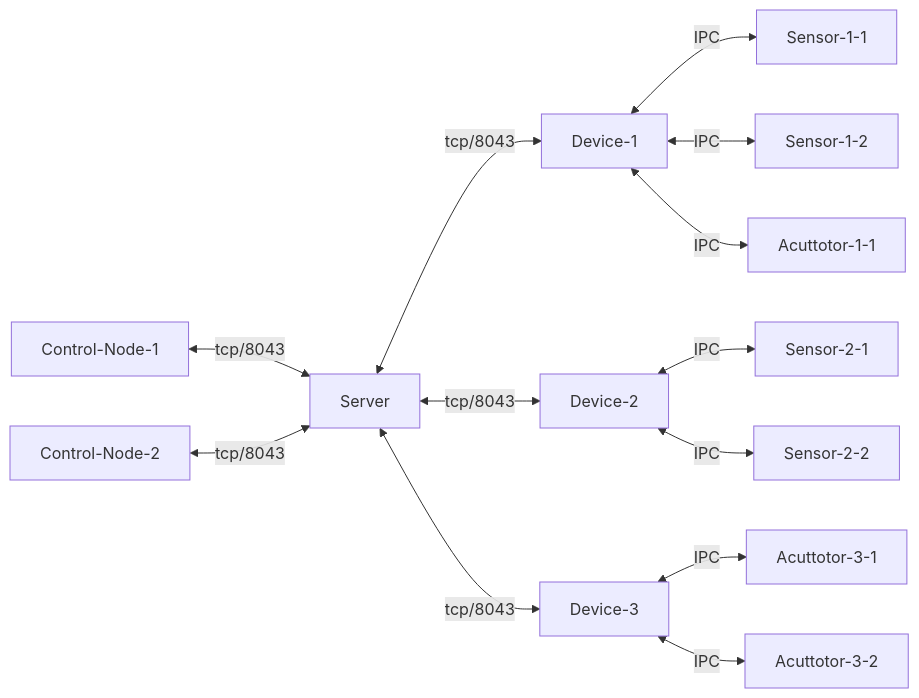
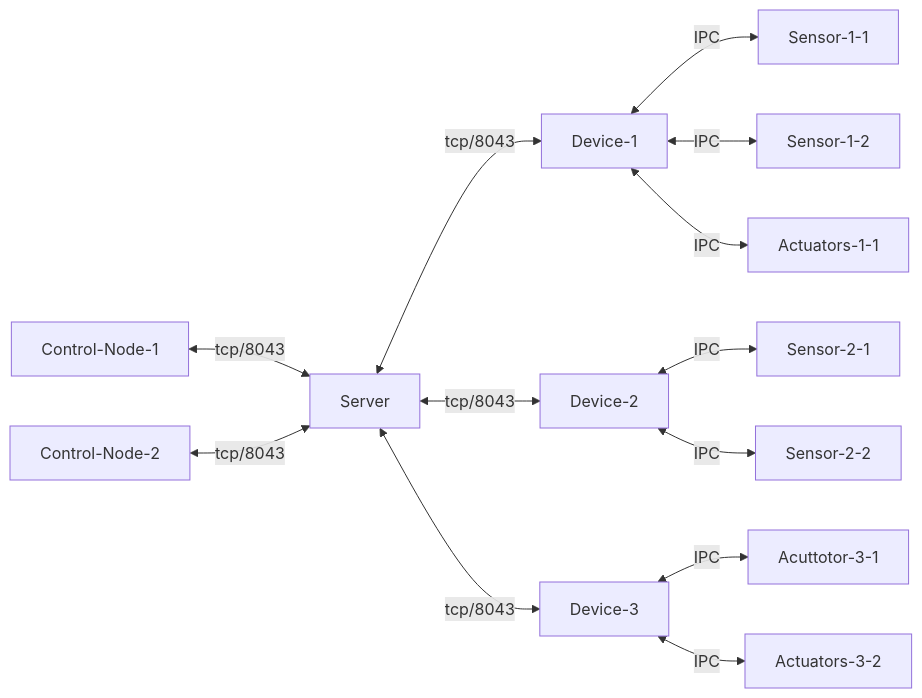
One commit to Vivax-School-Ntnu/IDATA2034-exam changed the first of 2 diagrams in docs/protocol.md. Above: the diagram before and after it, drawn with Mermaid. The commit also changed other lines of this file, not shown here.

````diff
--- a/docs/protocol.md
+++ b/docs/protocol.md
@@ -25,10 +25,10 @@
 ```mermaid
 flowchart LR
     S[Server]
     Control-Node-1 & Control-Node-2 <-- tcp/8043 --> S
     S <-- tcp/8043 --> Device-1 & Device-2 & Device-3
 
-    Device-1 <-- IPC --> Sensor-1-1 & Sensor-1-2 & Acuttotor-1-1
+    Device-1 <-- IPC --> Sensor-1-1 & Sensor-1-2 & Actuators-1-1
     Device-2 <-- IPC --> Sensor-2-1 & Sensor-2-2
-    Device-3 <-- IPC --> Acuttotor-3-1 & Acuttotor-3-2
+    Device-3 <-- IPC --> Acuttotor-3-1 & Actuators-3-2
 ```
````
